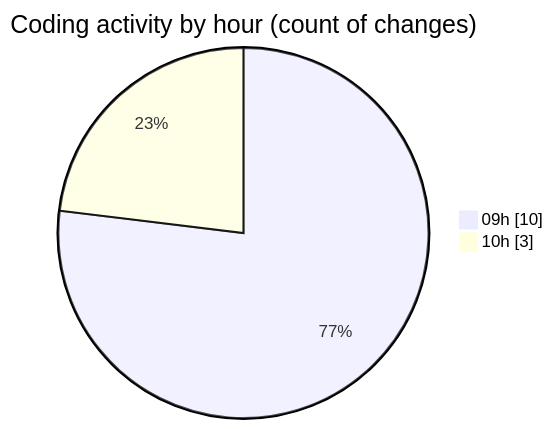
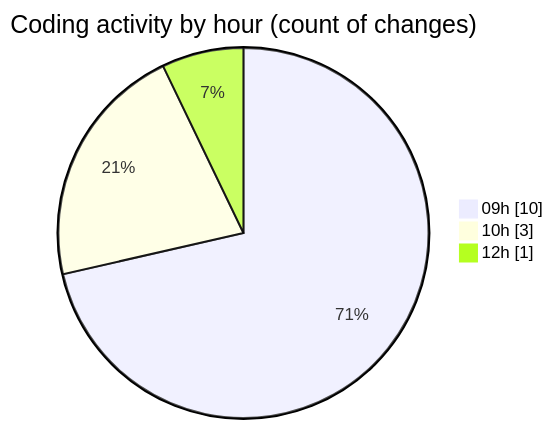
One commit to momahboobian/code-tracking changed the second of 2 diagrams in 2026-04-08/cda/README.md. Above: the diagram before and after it, drawn with Mermaid. The commit also changed other lines of this file and 1 other file, not shown here.

````diff
--- a/2026-04-08/cda/README.md
+++ b/2026-04-08/cda/README.md
@@ -34,6 +36,7 @@
 ```mermaid
 pie showData
 title Coding activity by hour (count of changes)
 "09h" : 10
 "10h" : 3
+"12h" : 1
 ```
````
